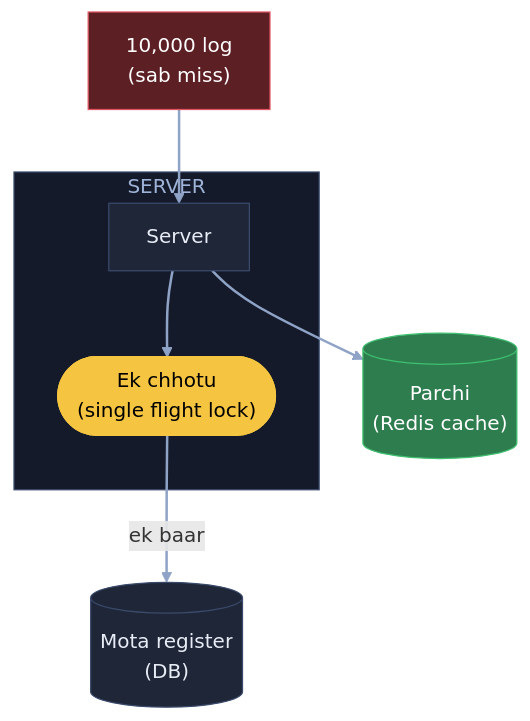
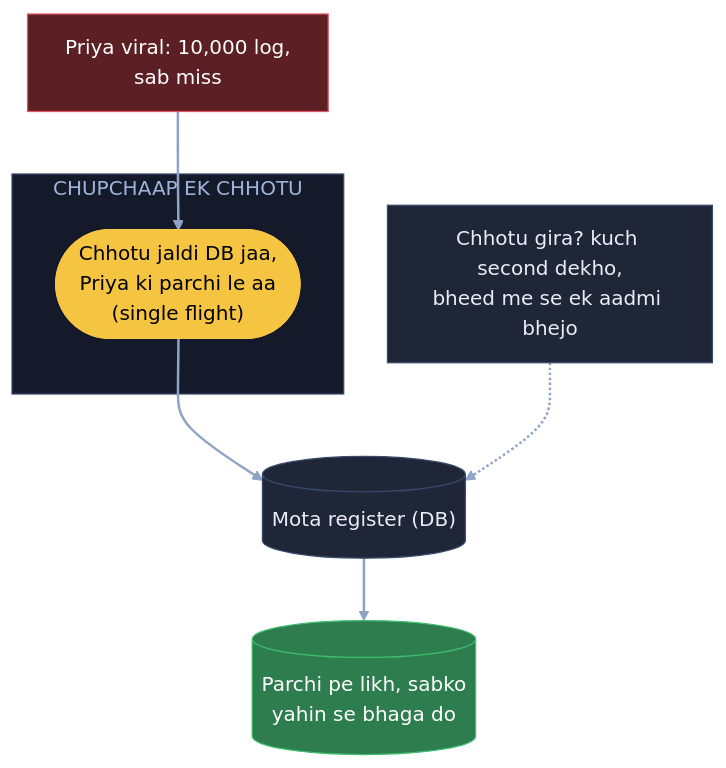
One commit to ArpanMaheshwari144/Prep changed the fifth of 6 diagrams in 04_HLD/SYSTEM_DESIGNS/10_distributed_cache/10_distributed_cache.md. Above: the diagram before and after it, drawn with Mermaid. The commit also changed other lines of this file, not shown here.

Commit message:
Cache: 6 diagram hand notes ke shabdon se (K4 ring pehle se)

````diff
--- a/04_HLD/SYSTEM_DESIGNS/10_distributed_cache/10_distributed_cache.md
+++ b/04_HLD/SYSTEM_DESIGNS/10_distributed_cache/10_distributed_cache.md
@@ -221,20 +224,20 @@
 ```mermaid
 flowchart TB
-    U["10,000 log<br/>(sab miss)"]:::bad
-    subgraph SV["SERVER"]
-        S["Server"]:::card
-        L(["Ek chhotu<br/>(single flight lock)"]):::pill
+    U["Priya viral: 10,000 log,<br/>sab miss"]:::bad
+    subgraph CH["CHUPCHAAP EK CHHOTU"]
+        L(["Chhotu jaldi DB jaa,<br/>Priya ki parchi le aa<br/>(single flight)"]):::pill
     end
-    D[("Mota register<br/>(DB)")]:::card
-    C[("Parchi<br/>(Redis cache)")]:::good
-    U --> S
-    S --> L
-    L -- "ek baar" --> D
-    S --> C
+    B["Chhotu gira? kuch second dekho,<br/>bheed me se ek aadmi bhejo"]:::card
+    D[("Mota register (DB)")]:::card
+    C[("Parchi pe likh, sabko<br/>yahin se bhaga do")]:::good
+    U --> L
+    L --> D
+    D --> C
+    B -.-> D
     linkStyle default stroke:#8fa3c7,stroke-width:2px
     classDef card fill:#1e2638,stroke:#3a4a6b,color:#e8ecf5
     classDef pill fill:#f5c542,stroke:#f5c542,color:#000
     classDef good fill:#2e7d4f,stroke:#3fbf6f,color:#fff
     classDef bad fill:#5c1f24,stroke:#e05561,color:#fff
-    style SV fill:#141a29,stroke:#3a4a6b,color:#9fb3d9
+    style CH fill:#141a29,stroke:#3a4a6b,color:#9fb3d9
 ```
````
